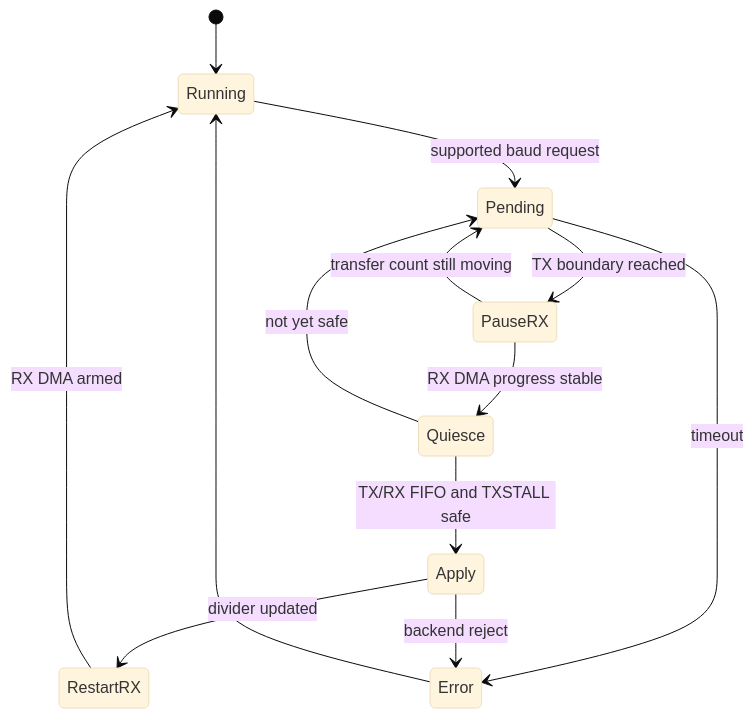
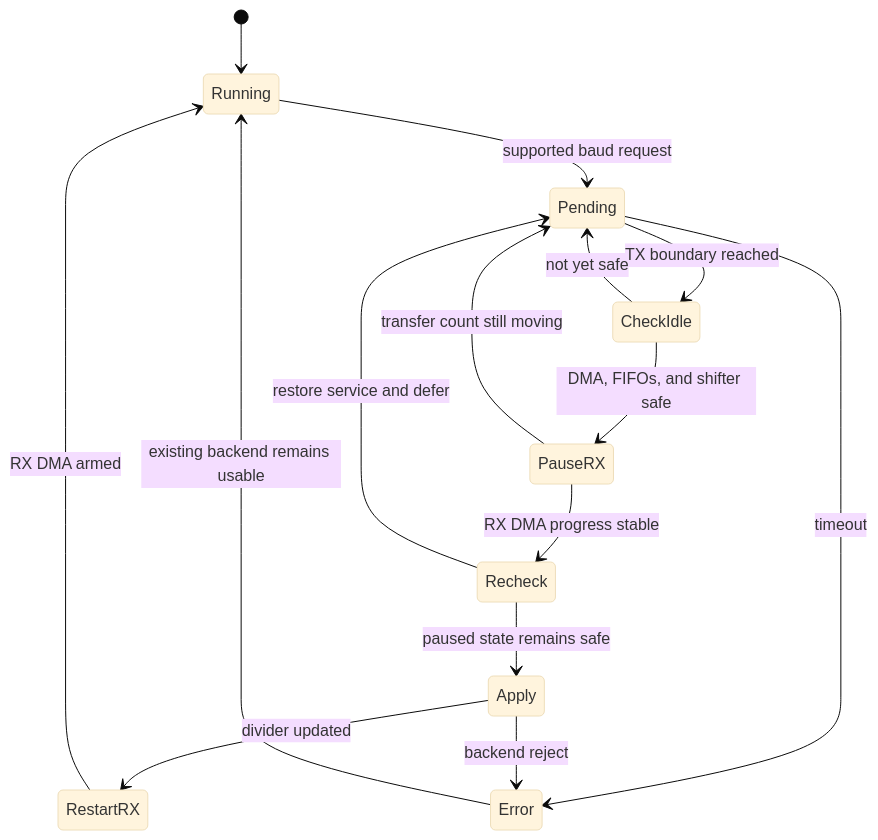
Before and after one commit to djwinter29-oss/PicoUart: the fourth of 4 diagrams in docs/design/uart/pio-uart-design.md, drawn with Mermaid (base theme). The commit also changed other lines of this file and 85 other files, not shown here.

````diff
--- a/docs/design/uart/pio-uart-design.md
+++ b/docs/design/uart/pio-uart-design.md
@@ -151,15 +159,17 @@
 ```mermaid
 stateDiagram-v2
   [*] --> Running
   Running --> Pending: supported baud request
-  Pending --> PauseRX: TX boundary reached
-  PauseRX --> Quiesce: RX DMA progress stable
+  Pending --> CheckIdle: TX boundary reached
+  CheckIdle --> PauseRX: DMA, FIFOs, and shifter safe
+  CheckIdle --> Pending: not yet safe
+  PauseRX --> Recheck: RX DMA progress stable
   PauseRX --> Pending: transfer count still moving
-  Quiesce --> Apply: TX/RX FIFO and TXSTALL safe
-  Quiesce --> Pending: not yet safe
+  Recheck --> Apply: paused state remains safe
+  Recheck --> Pending: restore service and defer
   Apply --> RestartRX: divider updated
   RestartRX --> Running: RX DMA armed
   Pending --> Error: timeout
   Apply --> Error: backend reject
-  Error --> Running
+  Error --> Running: existing backend remains usable
 ```
````
